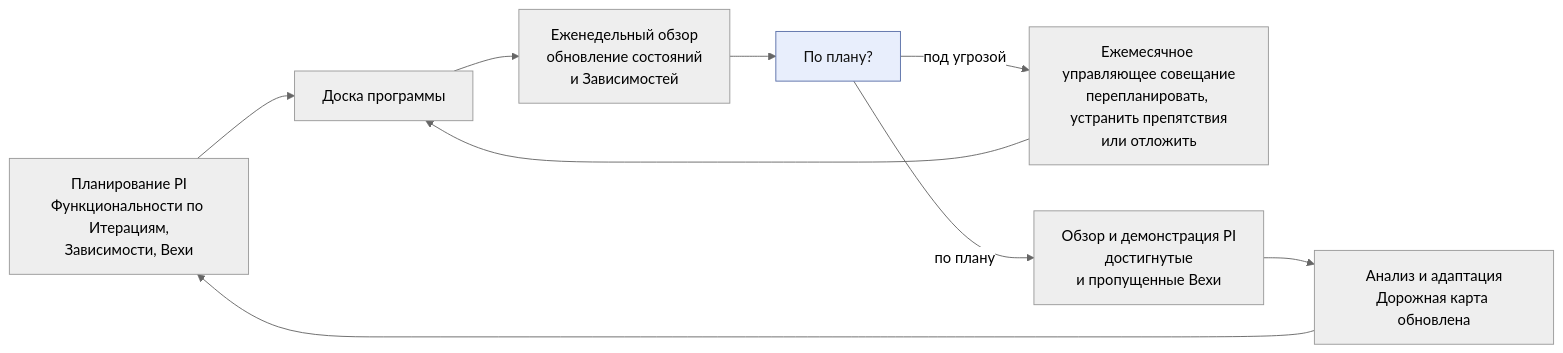
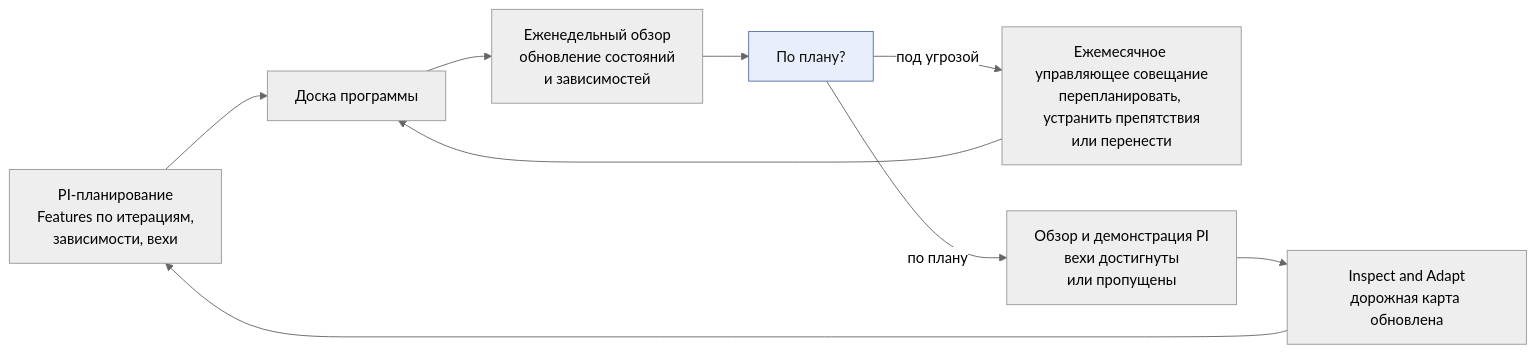
One commit to devhogu/ob-aicc changed the first of 6 diagrams in charter/ru/workflows/cadence.md. Above: the diagram before and after it, drawn with Mermaid (neutral theme). The commit also changed other lines of this file and 7 other files, not shown here.

````diff
--- a/charter/ru/workflows/cadence.md
+++ b/charter/ru/workflows/cadence.md
@@ -52,12 +60,12 @@
 ```mermaid
 flowchart LR
-  PL["Планирование PI<br/>Функциональности по Итерациям,<br/>Зависимости, Вехи"] --> PBD["Доска программы"]
-  PBD --> WR["Еженедельный обзор<br/>обновление состояний<br/>и Зависимостей"]
+  PL["PI-планирование<br/>Features по итерациям,<br/>зависимости, вехи"] --> PBD["Доска программы"]
+  PBD --> WR["Еженедельный обзор<br/>обновление состояний<br/>и зависимостей"]
   WR --> MC["По плану?"]:::gate
-  MC -->|"под угрозой"| ST["Ежемесячное управляющее совещание<br/>перепланировать, устранить препятствия<br/>или отложить"]
+  MC -->|"под угрозой"| ST["Ежемесячное управляющее совещание<br/>перепланировать, устранить препятствия<br/>или перенести"]
   ST --> PBD
-  MC -->|"по плану"| PR["Обзор и демонстрация PI<br/>достигнутые<br/>и пропущенные Вехи"]
-  PR --> RM["Анализ и адаптация<br/>Дорожная карта обновлена"]
+  MC -->|"по плану"| PR["Обзор и демонстрация PI<br/>вехи достигнуты<br/>или пропущены"]
+  PR --> RM["Inspect and Adapt<br/>дорожная карта обновлена"]
   RM --> PL
   classDef gate fill:#e8eefc,stroke:#5a6fa8,color:#111
 ```
````
